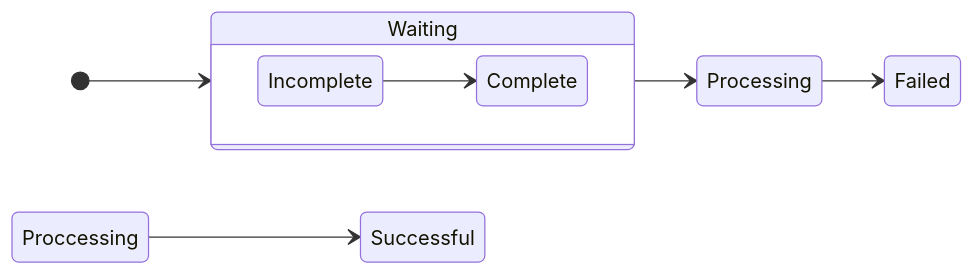
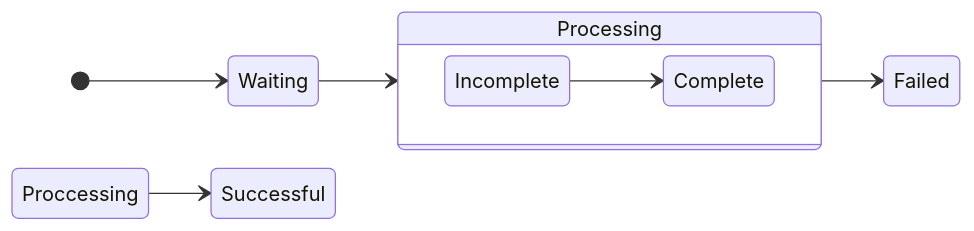
The diagram in README.md (MdeGroof/70487-Examples), drawn with Mermaid before and after one commit.

````diff
--- a/README.md
+++ b/README.md
@@ -1,12 +1,12 @@
 ```mermaid
   stateDiagram
   direction LR
   [*] --> Waiting
   Waiting --> Processing
   Proccessing --> Successful
-  state Waiting {
+  state Processing {
     direction LR
     Incomplete --> Complete
   }
   Processing --> Failed
 ```
````
